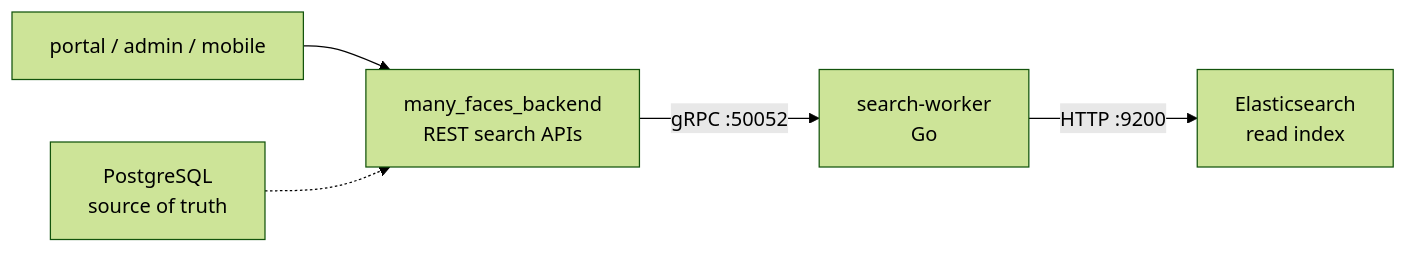
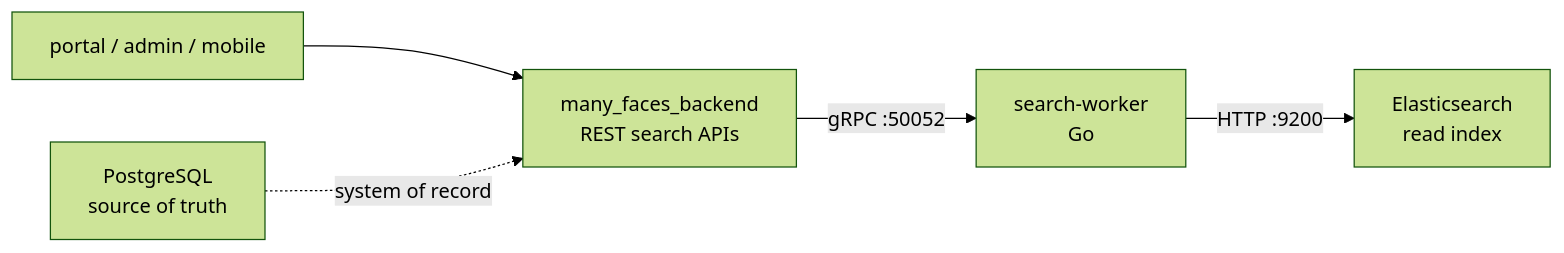
Before and after one commit to 01laky/many_faces_elastic: the diagram in README.md, drawn with Mermaid (forest theme). The commit also changed other lines of this file, not shown here.

````diff
--- a/README.md
+++ b/README.md
@@ -36,7 +52,7 @@
 ```mermaid
 flowchart LR
     clients["portal / admin / mobile"] --> be["many_faces_backend<br/>REST search APIs"]
     be -->|"gRPC :50052"| worker["search-worker<br/>Go"]
     worker -->|"HTTP :9200"| es["Elasticsearch<br/>read index"]
-    pg["PostgreSQL<br/>source of truth"] -.-> be
+    pg["PostgreSQL<br/>source of truth"] -.->|"system of record"| be
 ```
````
